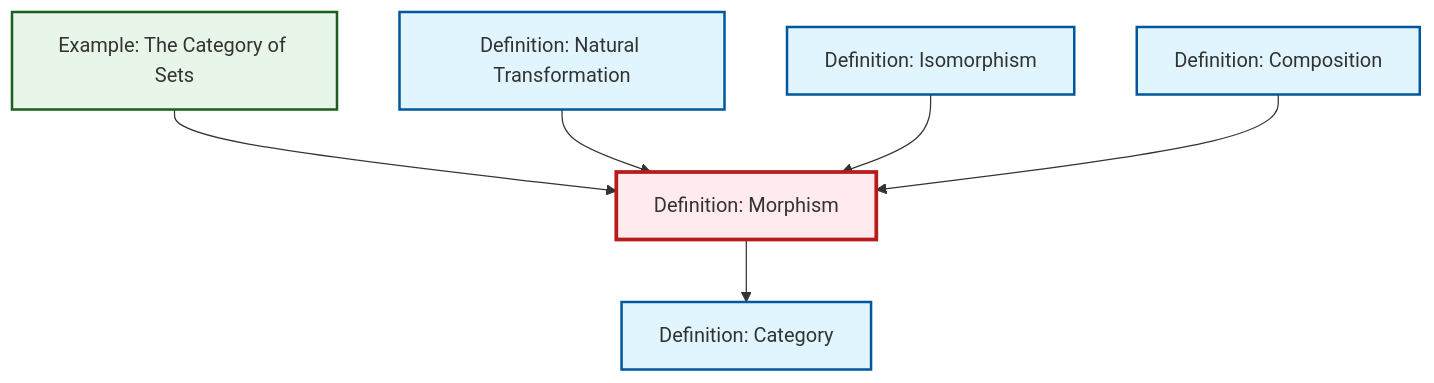
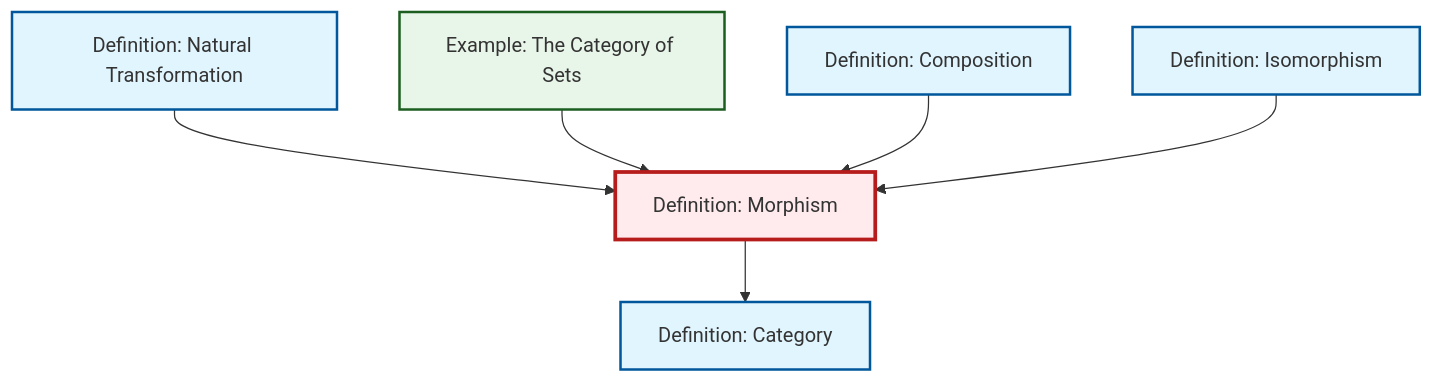
The diagram in output/mermaid/def-morphism.mermaid (RK0429/ModernMath), drawn with Mermaid before and after one commit. The commit also changed other lines of this file and 1202 other files, not shown here.

````diff
--- a/output/mermaid/def-morphism.mermaid
+++ b/output/mermaid/def-morphism.mermaid
@@ -1,21 +1,21 @@
 ```{mermaid}
 %%| fig-cap: "Local dependency graph"
 graph TD
     classDef definition fill:#e1f5fe,stroke:#01579b,stroke-width:2px
     classDef theorem fill:#f3e5f5,stroke:#4a148c,stroke-width:2px
     classDef axiom fill:#fff3e0,stroke:#e65100,stroke-width:2px
     classDef example fill:#e8f5e9,stroke:#1b5e20,stroke-width:2px
     classDef current fill:#ffebee,stroke:#b71c1c,stroke-width:3px
+    def-morphism["Definition: Morphism"]:::definition
+    def-isomorphism["Definition: Isomorphism"]:::definition
     def-natural-transformation["Definition: Natural Transformation"]:::definition
+    def-category["Definition: Category"]:::definition
     ex-set-category["Example: The Category of Sets"]:::example
-    def-category["Definition: Category"]:::definition
     def-composition["Definition: Composition"]:::definition
-    def-isomorphism["Definition: Isomorphism"]:::definition
-    def-morphism["Definition: Morphism"]:::definition
+    def-natural-transformation --> def-morphism
     ex-set-category --> def-morphism
+    def-composition --> def-morphism
+    def-isomorphism --> def-morphism
     def-morphism --> def-category
-    def-natural-transformation --> def-morphism
-    def-isomorphism --> def-morphism
-    def-composition --> def-morphism
     class def-morphism current
 ```
````
